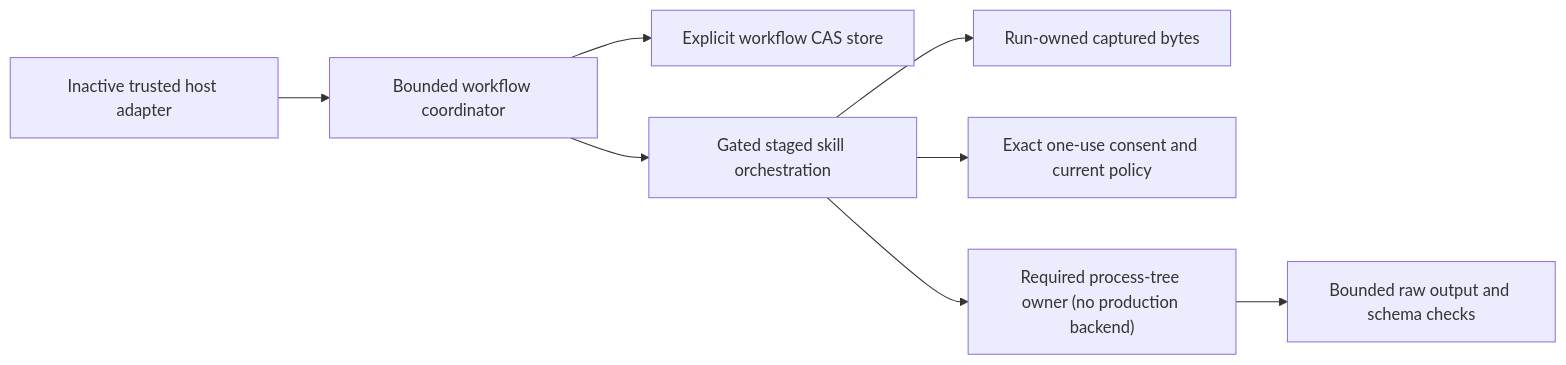
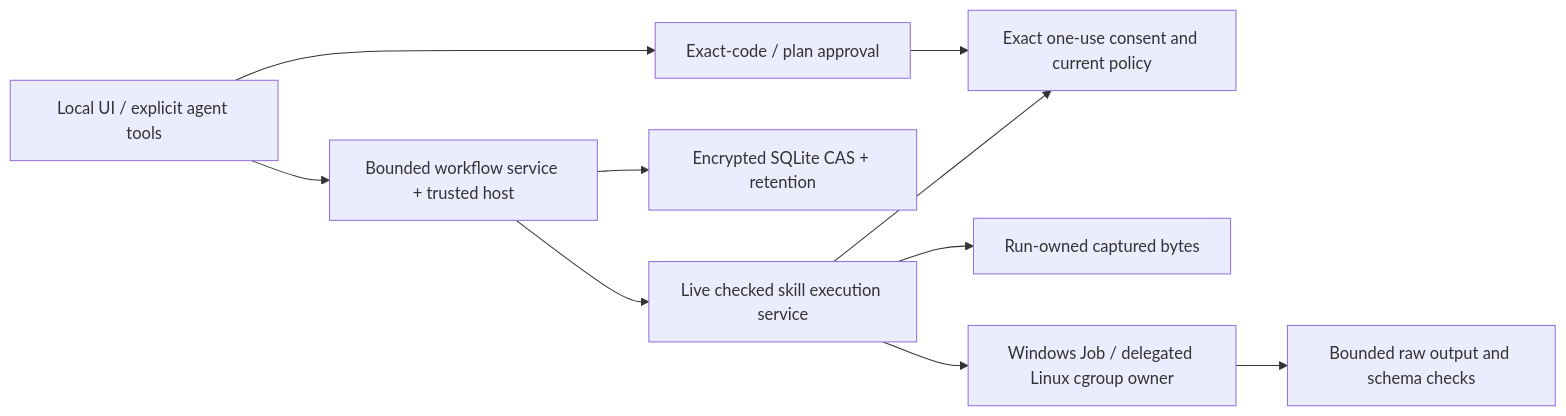
One commit to CircuitWall/jarela changed the second of 10 diagrams in docs/ARCHITECTURE.md. Above: the diagram before and after it, drawn with Mermaid. The commit also changed other lines of this file and 83 other files, not shown here.

First line of the commit message:
feat(workflows): add checked skill and durable execution

````diff
--- a/docs/ARCHITECTURE.md
+++ b/docs/ARCHITECTURE.md
@@ -169,10 +177,12 @@
 ```mermaid
 flowchart LR
-  Host["Inactive trusted host adapter"] --> Coordinator["Bounded workflow coordinator"]
-  Coordinator --> RunStore["Explicit workflow CAS store"]
-  Coordinator --> Runner["Gated staged skill orchestration"]
+  UI["Local UI / explicit agent tools"] --> Coordinator["Bounded workflow service + trusted host"]
+  UI --> Review["Exact-code / plan approval"]
+  Coordinator --> RunStore["Encrypted SQLite CAS + retention"]
+  Coordinator --> Runner["Live checked skill execution service"]
+  Review --> Consent["Exact one-use consent and current policy"]
   Runner --> Staging["Run-owned captured bytes"]
   Runner --> Consent["Exact one-use consent and current policy"]
-  Runner --> Owner["Required process-tree owner (no production backend)"]
+  Runner --> Owner["Windows Job / delegated Linux cgroup owner"]
   Owner --> Capture["Bounded raw output and schema checks"]
 ```
````
